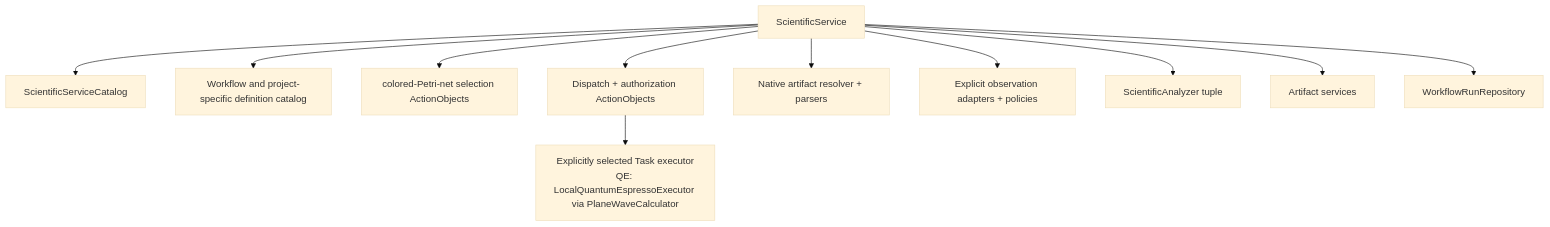
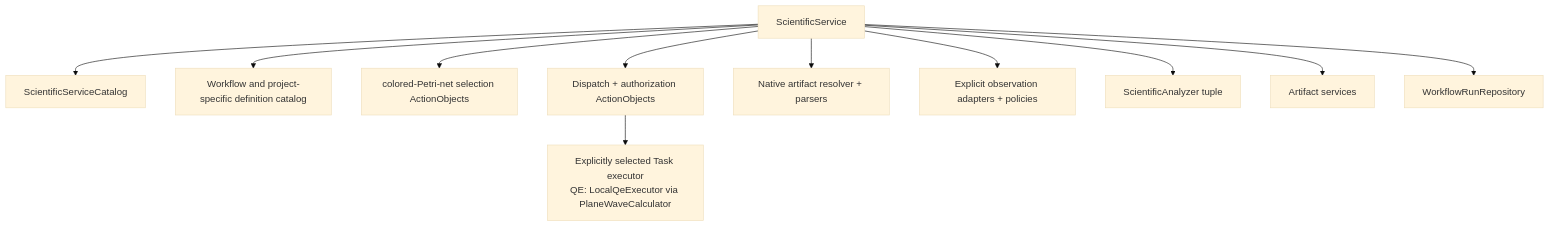
The diagram in docs/architecture/v2/ksdft2effmass/workflows/service-model.md (eragasa/ksdft2effmass), drawn with Mermaid (base theme) before and after one commit. The commit also changed other lines of this file and 263 other files, not shown here.

````diff
--- a/docs/architecture/v2/ksdft2effmass/workflows/service-model.md
+++ b/docs/architecture/v2/ksdft2effmass/workflows/service-model.md
@@ -20,13 +20,13 @@
 ```mermaid
 flowchart TB
     service["ScientificService"] --> catalog["ScientificServiceCatalog"]
     service --> definitions["Workflow and project-specific definition catalog"]
     service --> selection["colored-Petri-net selection ActionObjects"]
     service --> dispatch["Dispatch + authorization ActionObjects"]
-    dispatch --> executors["Explicitly selected Task executor<br/>QE: LocalQuantumEspressoExecutor via PlaneWaveCalculator"]
+    dispatch --> executors["Explicitly selected Task executor<br/>QE: LocalQeExecutor via PlaneWaveCalculator"]
     service --> parsing["Native artifact resolver + parsers"]
     service --> normalization["Explicit observation adapters + policies"]
     service --> analyzers["ScientificAnalyzer tuple"]
     service --> artifacts["Artifact services"]
     service --> repository["WorkflowRunRepository"]
 ```
````
